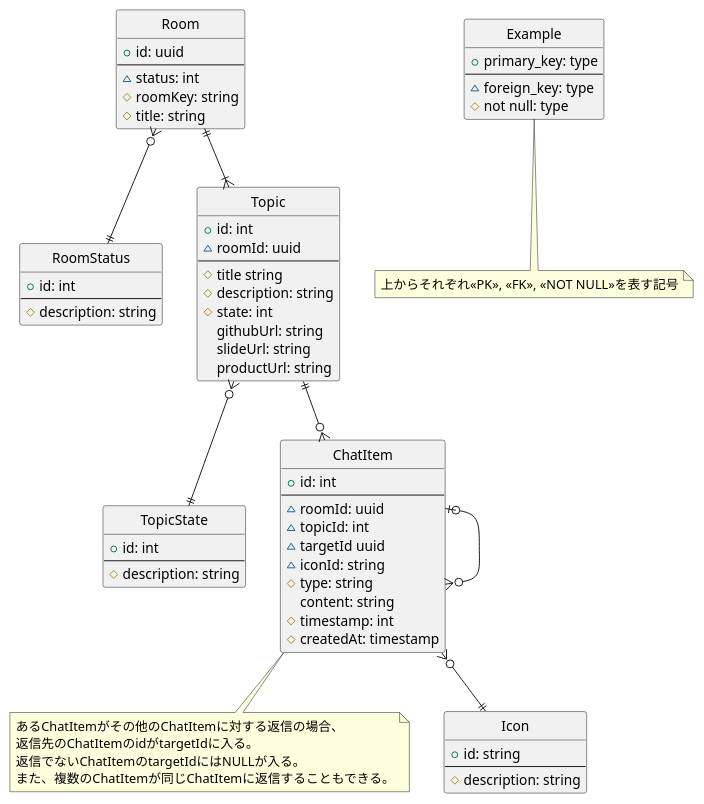
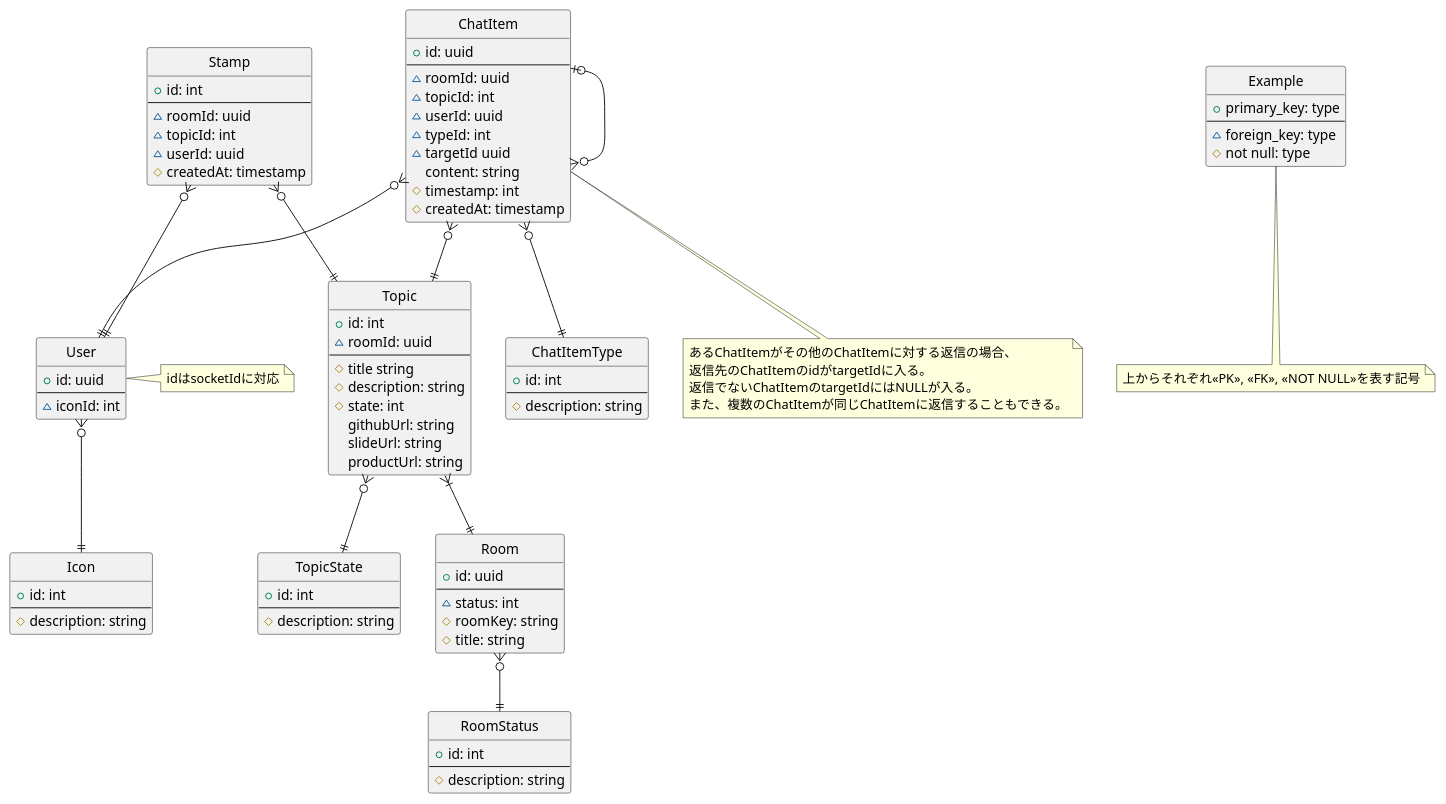
One commit to Eri-0910/sushi-chat changed the diagram in doc/ER_new.puml. Above: the diagram before and after it, drawn with PlantUML.

Commit message:
docs: Updated desired ER Diagram

```diff
--- a/doc/ER_new.puml
+++ b/doc/ER_new.puml
@@ -1,78 +1,104 @@
 @startuml
 
 hide circle
 skinparam inetype ortho
+
+entity User {
+    +id: uuid
+    --
+    ~iconId: int
+}
+note right of User: idはsocketIdに対応
+
+entity Icon {
+    +id: int
+    --
+    #description: string
+}
 
 entity Room {
     +id: uuid
     --
     ~status: int
     #roomKey: string
     #title: string
 }
 
 entity RoomStatus {
     +id: int
     --
     #description: string
 }
 
 entity Topic {
     +id: int
     ~roomId: uuid
     --
     #title string
     #description: string
     #state: int
     githubUrl: string
     slideUrl: string
     productUrl: string
 }
 
 entity TopicState {
     +id: int
     --
     #description: string
 }
 
 entity ChatItem {
-    +id: int
+    +id: uuid
     --
     ~roomId: uuid
     ~topicId: int
+    ~userId: uuid
+    ~typeId: int
     ~targetId uuid
-    ~iconId: string
-    #type: string
     content: string
     #timestamp: int
     #createdAt: timestamp
 }
 note bottom of ChatItem
  あるChatItemがその他のChatItemに対する返信の場合、
  返信先のChatItemのidがtargetIdに入る。
  返信でないChatItemのtargetIdにはNULLが入る。
  また、複数のChatItemが同じChatItemに返信することもできる。
 end note
 
-entity Icon {
-    +id: string
+entity ChatItemType {
+    +id: int
     --
     #description: string
 }
 
-Room ||--|{ Topic
+entity Stamp {
+    +id: int
+    --
+    ~roomId: uuid
+    ~topicId: int
+    ~userId: uuid
+    #createdAt: timestamp
+}
+
+User }o--|| Icon
 Room }o--|| RoomStatus
-Topic ||--o{ ChatItem
+Topic }|--|| Room
 Topic }o--|| TopicState
+ChatItem }o--|| Topic
+ChatItem }o--|| User
+ChatItem }o--|| ChatItemType
 ChatItem |o--o{ ChatItem
-ChatItem }o--|| Icon
+Stamp }o--|| Topic
+Stamp }o--|| User
 
 entity Example {
     +primary_key: type
     --
     ~foreign_key: type
     #not null: type
 }
 note bottom: 上からそれぞれ<<PK>>, <<FK>>, <<NOT NULL>>を表す記号
 
 @enduml
```
